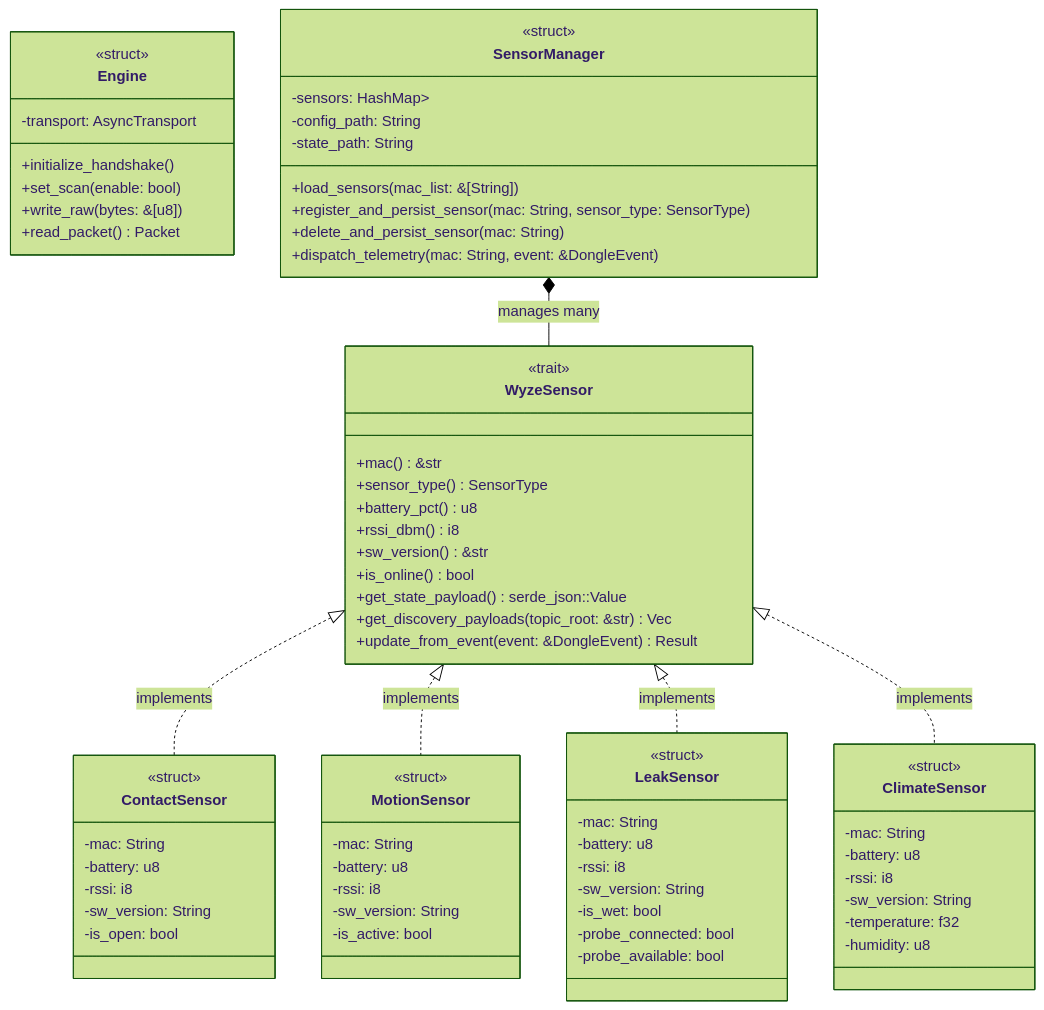
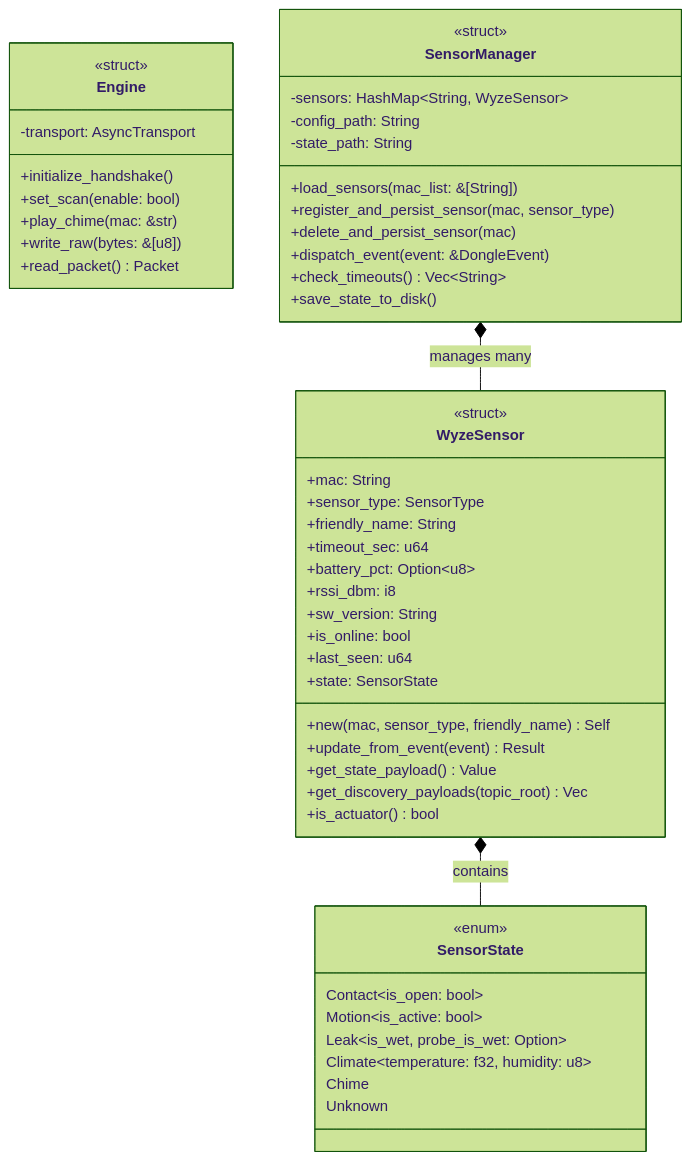
One commit to HclX/wyzesense2mqtt-rs changed the diagram in DESIGN.md. Above: the diagram before and after it, drawn with Mermaid (forest theme). The commit also changed other lines of this file and 10 other files, not shown here.

````diff
--- a/DESIGN.md
+++ b/DESIGN.md
@@ -58,80 +64,57 @@
 ```mermaid
 classDiagram
     class Engine {
         <<struct>>
         -transport: AsyncTransport
         +initialize_handshake()
         +set_scan(enable: bool)
+        +play_chime(mac: &str)
         +write_raw(bytes: &[u8])
         +read_packet() Packet
     }
 
     class SensorManager {
         <<struct>>
-        -sensors: HashMap<String, Box<dyn WyzeSensor>>
+        -sensors: HashMap~String, WyzeSensor~
         -config_path: String
         -state_path: String
         +load_sensors(mac_list: &[String])
-        +register_and_persist_sensor(mac: String, sensor_type: SensorType)
-        +delete_and_persist_sensor(mac: String)
-        +dispatch_telemetry(mac: String, event: &DongleEvent)
+        +register_and_persist_sensor(mac, sensor_type)
+        +delete_and_persist_sensor(mac)
+        +dispatch_event(event: &DongleEvent)
+        +check_timeouts() Vec~String~
+        +save_state_to_disk()
     }
 
     class WyzeSensor {
-        <<trait>>
-        +mac() &str
-        +sensor_type() SensorType
-        +battery_pct() u8
-        +rssi_dbm() i8
-        +sw_version() &str
-        +is_online() bool
-        +get_state_payload() serde_json::Value
-        +get_discovery_payloads(topic_root: &str) Vec
-        +update_from_event(event: &DongleEvent) Result
+        <<struct>>
+        +mac: String
+        +sensor_type: SensorType
+        +friendly_name: String
+        +timeout_sec: u64
+        +battery_pct: Option~u8~
+        +rssi_dbm: i8
+        +sw_version: String
+        +is_online: bool
+        +last_seen: u64
+        +state: SensorState
+        +new(mac, sensor_type, friendly_name) Self
+        +update_from_event(event) Result
+        +get_state_payload() Value
+        +get_discovery_payloads(topic_root) Vec
+        +is_actuator() bool
     }
 
-    class ContactSensor {
-        <<struct>>
-        -mac: String
-        -battery: u8
-        -rssi: i8
-        -sw_version: String
-        -is_open: bool
-    }
-
-    class MotionSensor {
-        <<struct>>
-        -mac: String
-        -battery: u8
-        -rssi: i8
-        -sw_version: String
-        -is_active: bool
-    }
-
-    class LeakSensor {
-        <<struct>>
-        -mac: String
-        -battery: u8
-        -rssi: i8
-        -sw_version: String
-        -is_wet: bool
-        -probe_connected: bool
-        -probe_available: bool
-    }
-
-    class ClimateSensor {
-        <<struct>>
-        -mac: String
-        -battery: u8
-        -rssi: i8
-        -sw_version: String
-        -temperature: f32
-        -humidity: u8
+    class SensorState {
+        <<enum>>
+        Contact~is_open: bool~
+        Motion~is_active: bool~
+        Leak~is_wet, probe_is_wet: Option~
+        Climate~temperature: f32, humidity: u8~
+        Chime
+        Unknown
     }
 
     SensorManager *-- WyzeSensor : manages many
-    WyzeSensor <|.. ContactSensor : implements
-    WyzeSensor <|.. MotionSensor : implements
-    WyzeSensor <|.. LeakSensor : implements
-    WyzeSensor <|.. ClimateSensor : implements
+    WyzeSensor *-- SensorState : contains
 ```
````
